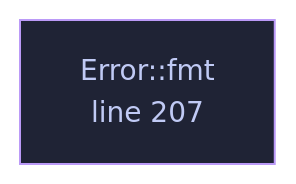
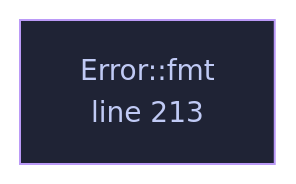
Before and after one commit to tilas01/veilvoice: the diagram in docs/files/veilvoice-crypto/lib.md, drawn with Mermaid. The commit also changed other lines of this file and 61 other files, not shown here.

````diff
--- a/docs/files/veilvoice-crypto/lib.md
+++ b/docs/files/veilvoice-crypto/lib.md
@@ -118,8 +118,8 @@
 ```mermaid
 %%{init: {"theme":"base","themeVariables":{"background":"#1a1b26","primaryColor":"#1f2335","primaryTextColor":"#c0caf5","primaryBorderColor":"#7aa2f7","secondaryColor":"#16161e","tertiaryColor":"#16161e","lineColor":"#737aa2","textColor":"#c0caf5","mainBkg":"#1f2335","nodeBorder":"#7aa2f7","clusterBkg":"#16161e","clusterBorder":"#2f3549","fontFamily":"ui-monospace, SFMono-Regular, Consolas, monospace","fontSize":"14px"}}}%%
 flowchart TD
-    n_fmt["Error::fmt<br/>line 207"]
-    click n_fmt href "https://github.com/tilas01/veilvoice/blob/main/crates/veilvoice-crypto/src/lib.rs#L207" "open the source"
+    n_fmt["Error::fmt<br/>line 213"]
+    click n_fmt href "https://github.com/tilas01/veilvoice/blob/main/crates/veilvoice-crypto/src/lib.rs#L213" "open the source"
     classDef helper fill:#1f2335,stroke:#bb9af7,color:#c0caf5
     class n_fmt helper
 ```
````
